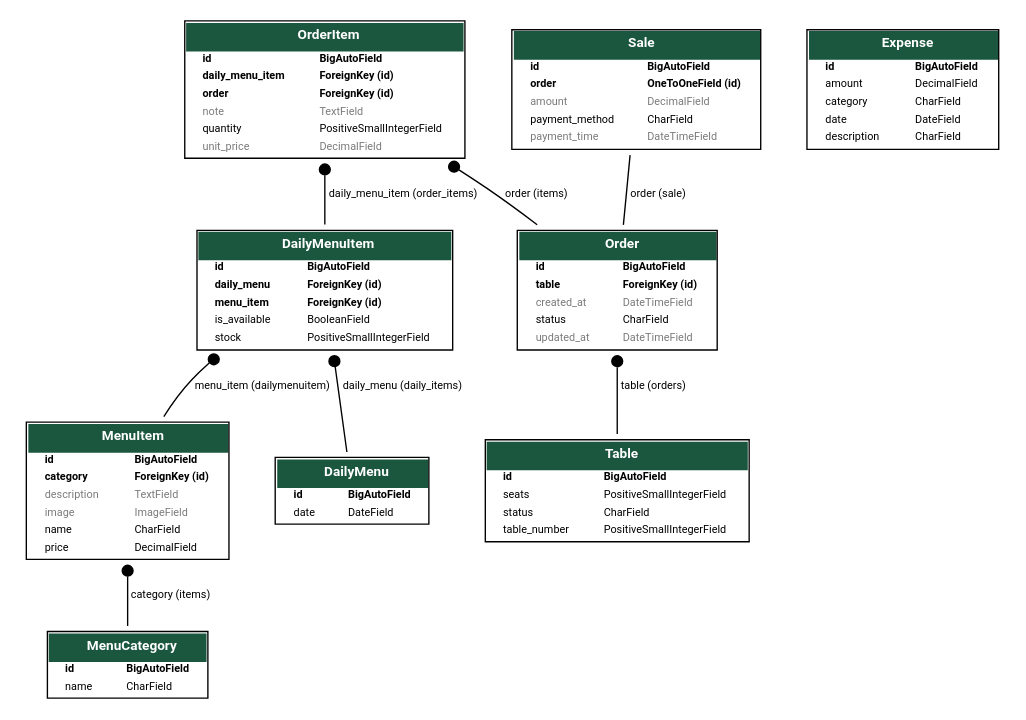
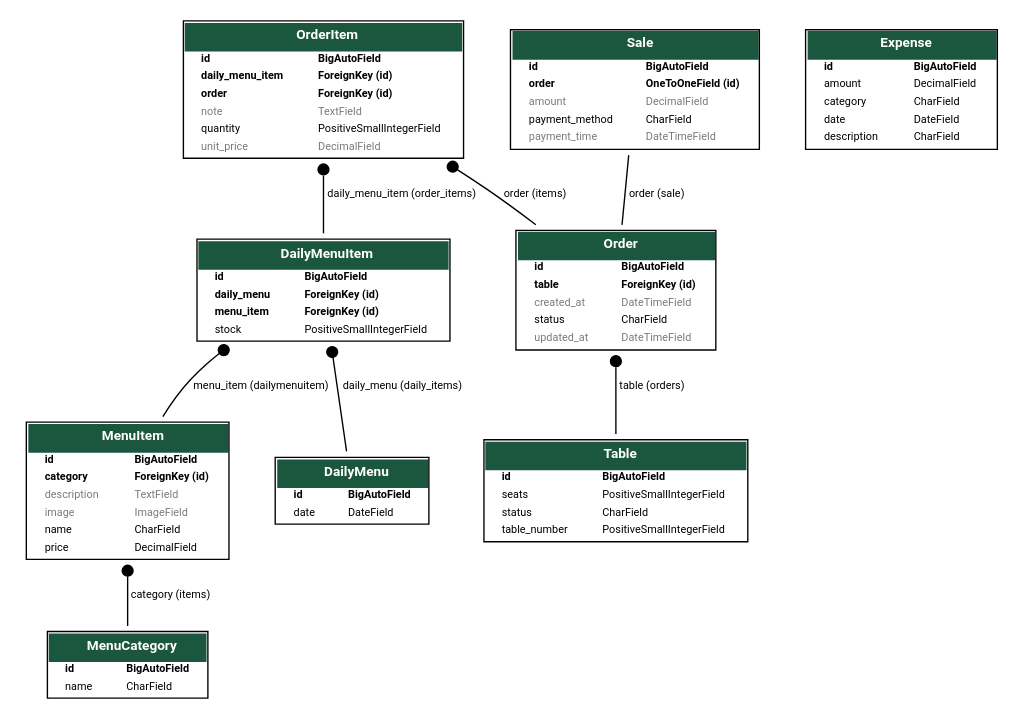
Before and after one commit to iBrokeTheCode/restaurant-system: the diagram in models.dot, drawn with Graphviz. The commit also changed 2 other files, not shown here.

Commit message:
Refactor ER Diagram and Update README and models.dot

```diff
--- a/models.dot
+++ b/models.dot
@@ -1,6 +1,6 @@
 digraph model_graph {
   // Dotfile by Django-Extensions graph_models
-  // Created: 2025-04-29 08:48
+  // Created: 2025-05-02 15:56
   // Cli Options: menu orders tables sales expenses
 
   fontname = "Roboto"
@@ -161,14 +161,6 @@
     <FONT FACE="Roboto"><B>menu_item</B></FONT>
     </TD><TD ALIGN="LEFT">
     <FONT FACE="Roboto"><B>ForeignKey (id)</B></FONT>
-    </TD></TR>
-  
-  
-  
-    <TR><TD ALIGN="LEFT" BORDER="0">
-    <FONT FACE="Roboto">is_available</FONT>
-    </TD><TD ALIGN="LEFT">
-    <FONT FACE="Roboto">BooleanField</FONT>
     </TD></TR>
   
   
```
